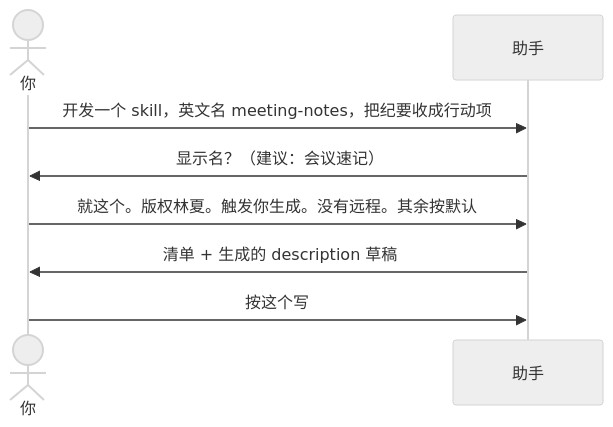
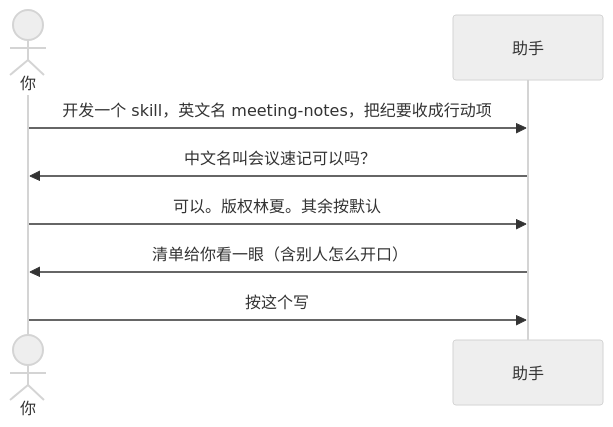
The diagram in examples/02-一句话带齐信息.md (qiusuo0226/skill-devkit-skill), drawn with Mermaid (neutral theme) before and after one commit. The commit also changed other lines of this file and 17 other files, not shown here.

````diff
--- a/examples/02-一句话带齐信息.md
+++ b/examples/02-一句话带齐信息.md
@@ -11,11 +11,11 @@
 ```mermaid
 sequenceDiagram
     actor You as 你
     participant AI as 助手
 
     You->>AI: 开发一个 skill，英文名 meeting-notes，把纪要收成行动项
-    AI->>You: 显示名？（建议：会议速记）
-    You->>AI: 就这个。版权林夏。触发你生成。没有远程。其余按默认
-    AI->>You: 清单 + 生成的 description 草稿
+    AI->>You: 中文名叫会议速记可以吗？
+    You->>AI: 可以。版权林夏。其余按默认
+    AI->>You: 清单给你看一眼（含别人怎么开口）
     You->>AI: 按这个写
 ```
````
